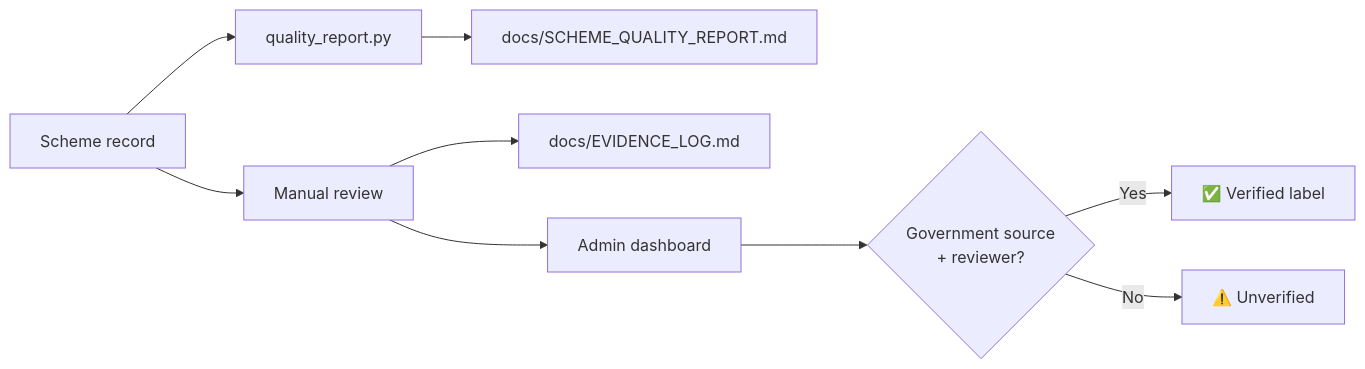
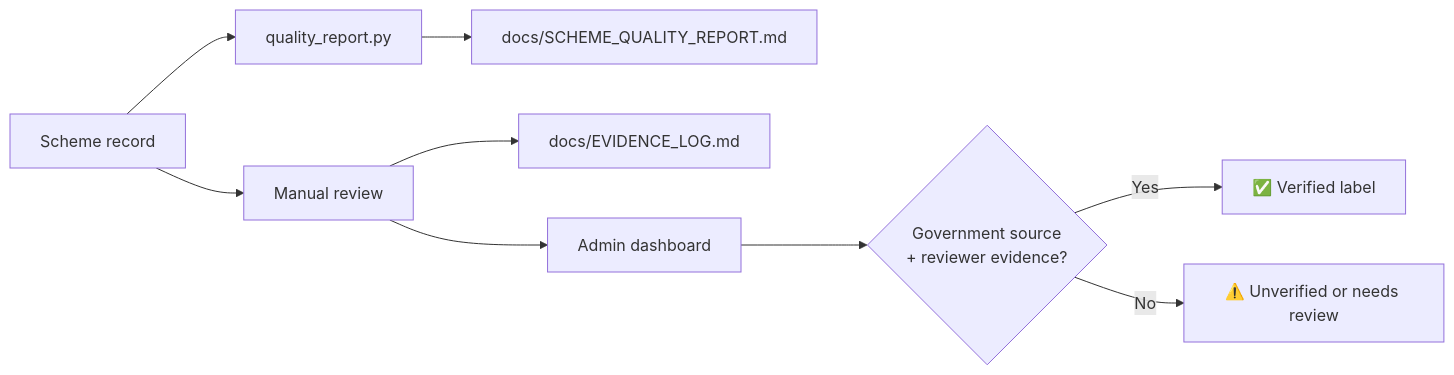
Before and after one commit to leopears2008-cell/Scheme-Local: the fourth of 4 diagrams in README.md, drawn with Mermaid. The commit also changed other lines of this file, not shown here.

````diff
--- a/README.md
+++ b/README.md
@@ -302,11 +291,11 @@
 ```mermaid
 flowchart LR
     S[Scheme record] --> Q[quality_report.py]
     Q --> R[docs/SCHEME_QUALITY_REPORT.md]
     S --> E[Manual review]
     E --> L[docs/EVIDENCE_LOG.md]
     E --> A[Admin dashboard]
-    A --> V{Government source<br/>+ reviewer?}
+    A --> V{Government source<br/>+ reviewer evidence?}
     V -- Yes --> OK[✅ Verified label]
-    V -- No --> UN[⚠️ Unverified]
+    V -- No --> UN[⚠️ Unverified or needs review]
 ```
````
